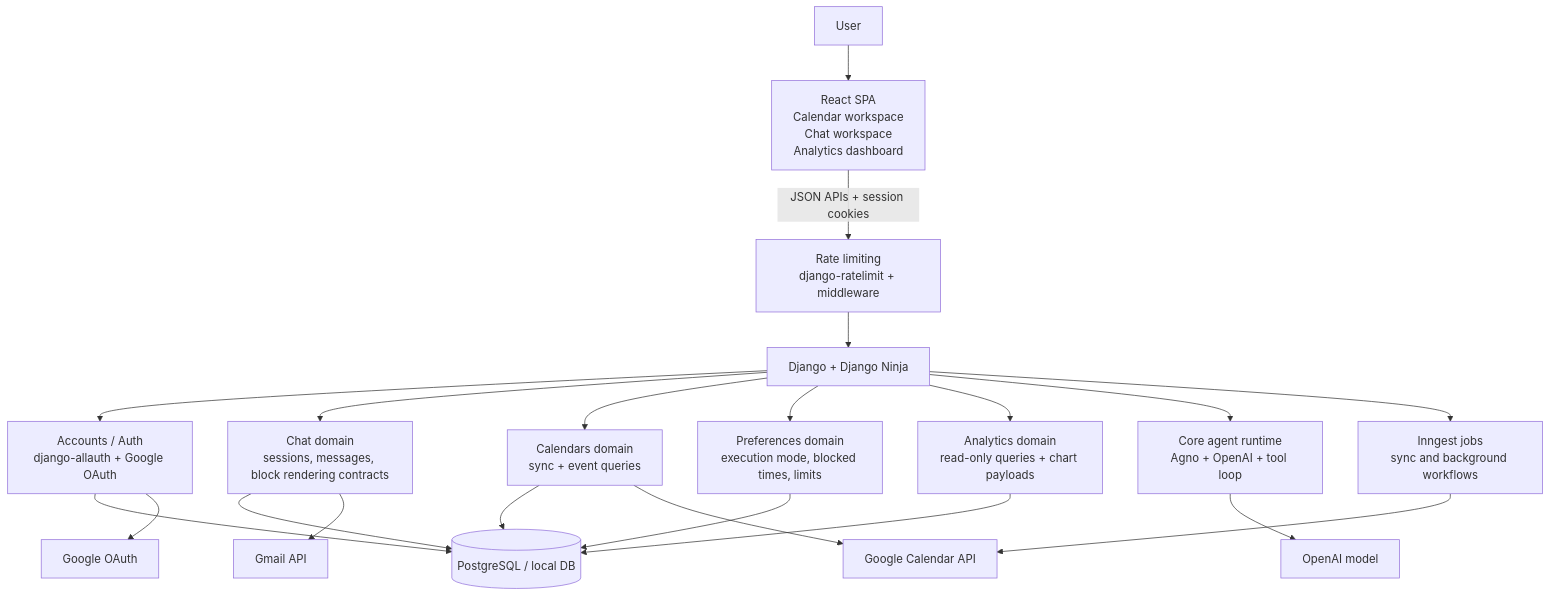
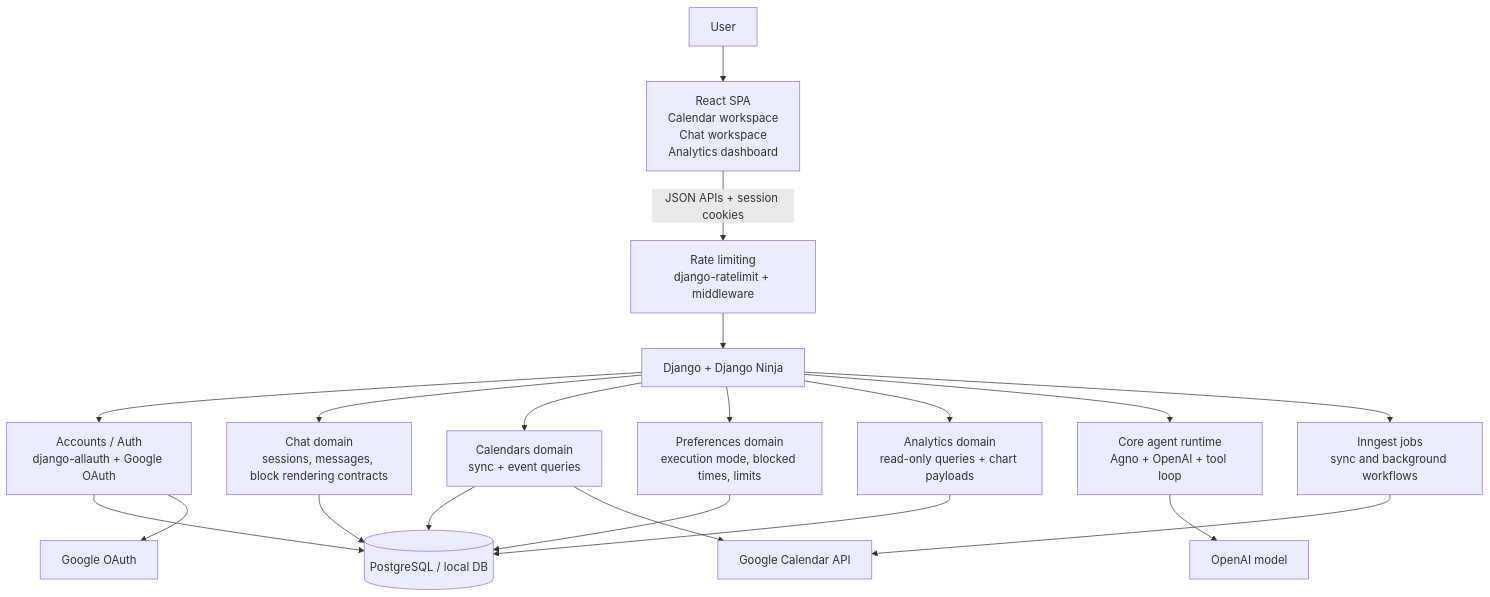
One commit to Uzzije/Cally changed the first of 2 diagrams in README.md. Above: the diagram before and after it, drawn with Mermaid. The commit also changed other lines of this file and 3 other files, not shown here.

````diff
--- a/README.md
+++ b/README.md
@@ -33,26 +33,25 @@
 ```mermaid
 flowchart TD
     U["User"] --> FE["React SPA<br/>Calendar workspace<br/>Chat workspace<br/>Analytics dashboard"]
     FE -->|JSON APIs + session cookies| RL["Rate limiting<br/>django-ratelimit + middleware"]
     RL --> BFF["Django + Django Ninja"]
 
     BFF --> AUTH["Accounts / Auth<br/>django-allauth + Google OAuth"]
     BFF --> CHAT["Chat domain<br/>sessions, messages, block rendering contracts"]
     BFF --> CAL["Calendars domain<br/>sync + event queries"]
     BFF --> PREF["Preferences domain<br/>execution mode, blocked times, limits"]
     BFF --> AN["Analytics domain<br/>read-only queries + chart payloads"]
     BFF --> AG["Core agent runtime<br/>Agno + OpenAI + tool loop"]
     BFF --> BG["Inngest jobs<br/>sync and background workflows"]
 
     AUTH --> DB[("PostgreSQL / local DB")]
     CHAT --> DB
     CAL --> DB
     PREF --> DB
     AN --> DB
 
     CAL --> GC["Google Calendar API"]
-    CHAT --> GM["Gmail API"]
     AUTH --> GO["Google OAuth"]
     AG --> LLM["OpenAI model"]
     BG --> GC
 ```
````
